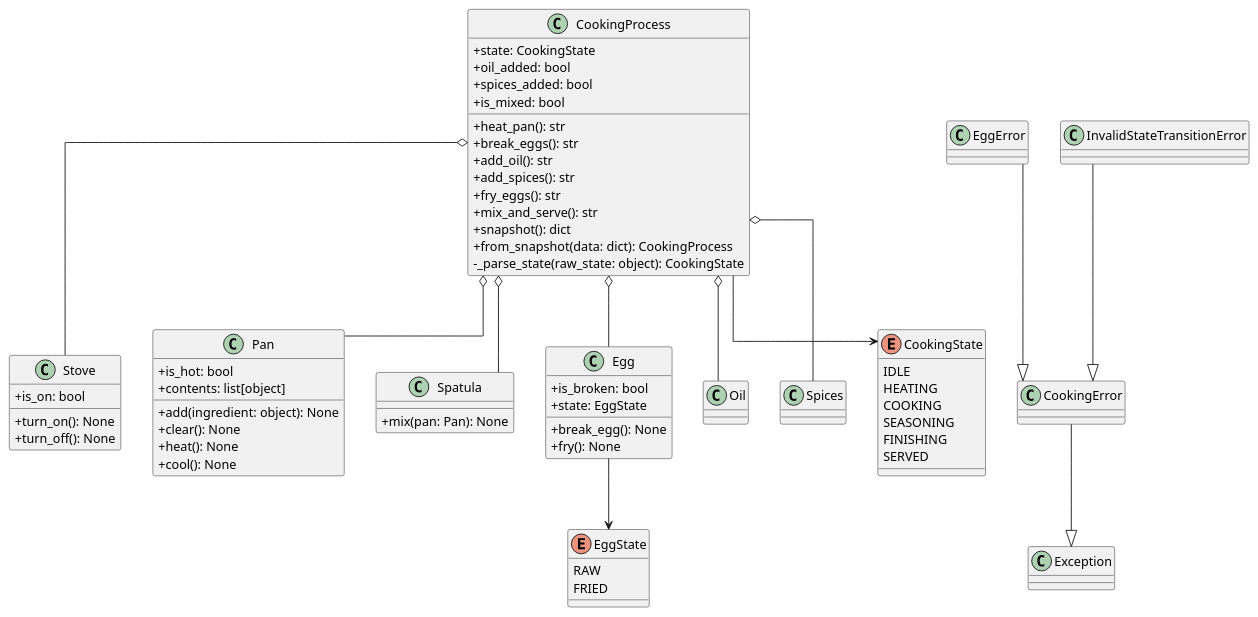
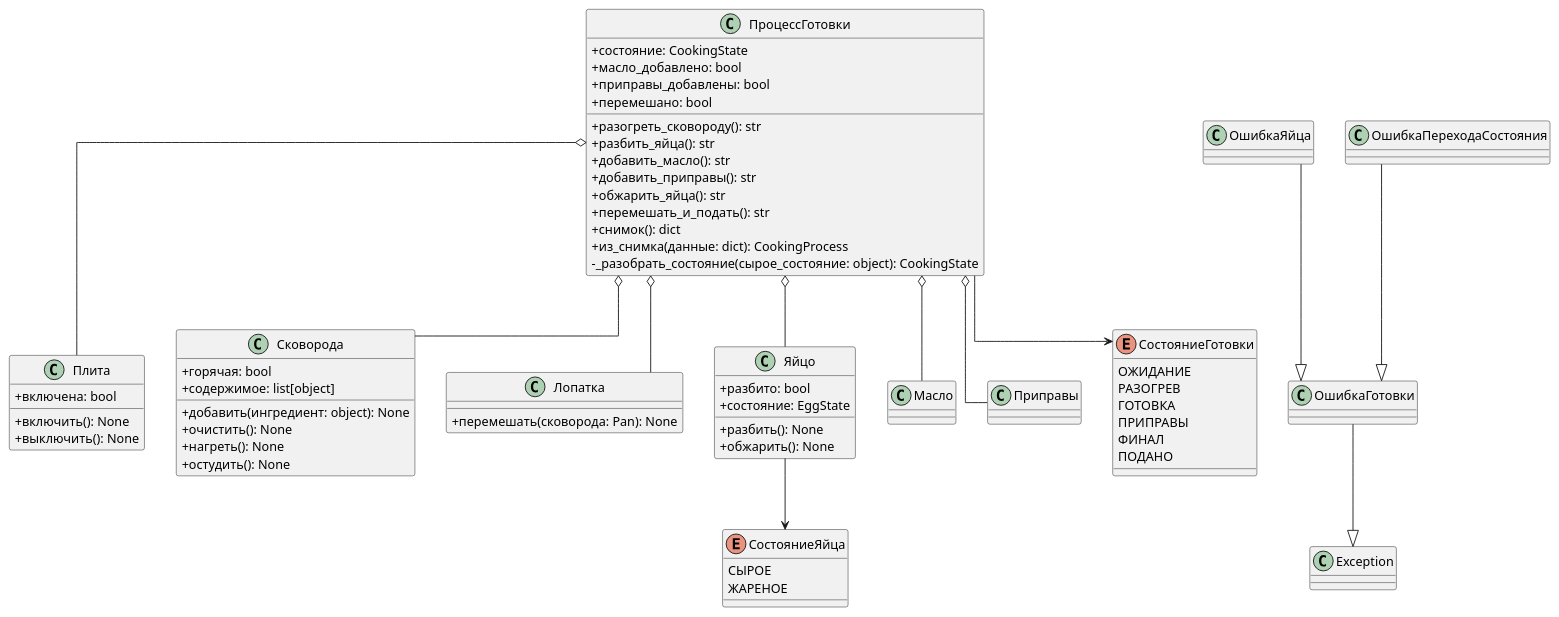
One commit to EgorFedosov/PPOIS changed the diagram in L1/docs/uml/class_diagram.puml. Above: the diagram before and after it, drawn with PlantUML. The commit also changed 2 other files, not shown here.

Commit message:
feat: update diagram and add pytest.ini

```diff
--- a/L1/docs/uml/class_diagram.puml
+++ b/L1/docs/uml/class_diagram.puml
@@ -1,82 +1,82 @@
 @startuml
 skinparam classAttributeIconSize 0
 skinparam linetype ortho
 
-class Stove {
-  +is_on: bool
-  +turn_on(): None
-  +turn_off(): None
+class "Плита" as Stove {
+  +включена: bool
+  +включить(): None
+  +выключить(): None
 }
 
-class Pan {
-  +is_hot: bool
-  +contents: list[object]
-  +add(ingredient: object): None
-  +clear(): None
-  +heat(): None
-  +cool(): None
+class "Сковорода" as Pan {
+  +горячая: bool
+  +содержимое: list[object]
+  +добавить(ингредиент: object): None
+  +очистить(): None
+  +нагреть(): None
+  +остудить(): None
 }
 
-class Spatula {
-  +mix(pan: Pan): None
+class "Лопатка" as Spatula {
+  +перемешать(сковорода: Pan): None
 }
 
-class Egg {
-  +is_broken: bool
-  +state: EggState
-  +break_egg(): None
-  +fry(): None
+class "Яйцо" as Egg {
+  +разбито: bool
+  +состояние: EggState
+  +разбить(): None
+  +обжарить(): None
 }
 
-class Oil
-class Spices
+class "Масло" as Oil
+class "Приправы" as Spices
 
-enum EggState {
-  RAW
-  FRIED
+enum "СостояниеЯйца" as EggState {
+  СЫРОЕ
+  ЖАРЕНОЕ
 }
 
-enum CookingState {
-  IDLE
-  HEATING
-  COOKING
-  SEASONING
-  FINISHING
-  SERVED
+enum "СостояниеГотовки" as CookingState {
+  ОЖИДАНИЕ
+  РАЗОГРЕВ
+  ГОТОВКА
+  ПРИПРАВЫ
+  ФИНАЛ
+  ПОДАНО
 }
 
-class CookingProcess {
-  +state: CookingState
-  +oil_added: bool
-  +spices_added: bool
-  +is_mixed: bool
-  +heat_pan(): str
-  +break_eggs(): str
-  +add_oil(): str
-  +add_spices(): str
-  +fry_eggs(): str
-  +mix_and_serve(): str
-  +snapshot(): dict
-  +from_snapshot(data: dict): CookingProcess
-  -_parse_state(raw_state: object): CookingState
+class "ПроцессГотовки" as CookingProcess {
+  +состояние: CookingState
+  +масло_добавлено: bool
+  +приправы_добавлены: bool
+  +перемешано: bool
+  +разогреть_сковороду(): str
+  +разбить_яйца(): str
+  +добавить_масло(): str
+  +добавить_приправы(): str
+  +обжарить_яйца(): str
+  +перемешать_и_подать(): str
+  +снимок(): dict
+  +из_снимка(данные: dict): CookingProcess
+  -_разобрать_состояние(сырое_состояние: object): CookingState
 }
 
-class CookingError
-class EggError
-class InvalidStateTransitionError
+class "ОшибкаГотовки" as CookingError
+class "ОшибкаЯйца" as EggError
+class "ОшибкаПереходаСостояния" as InvalidStateTransitionError
 
 CookingProcess o-- Stove
 CookingProcess o-- Pan
 CookingProcess o-- Spatula
 CookingProcess o-- Egg
 CookingProcess o-- Oil
 CookingProcess o-- Spices
 
 EggError --|> CookingError
 InvalidStateTransitionError --|> CookingError
 CookingError --|> Exception
 
 Egg --> EggState
 CookingProcess --> CookingState
 
 @enduml
```
